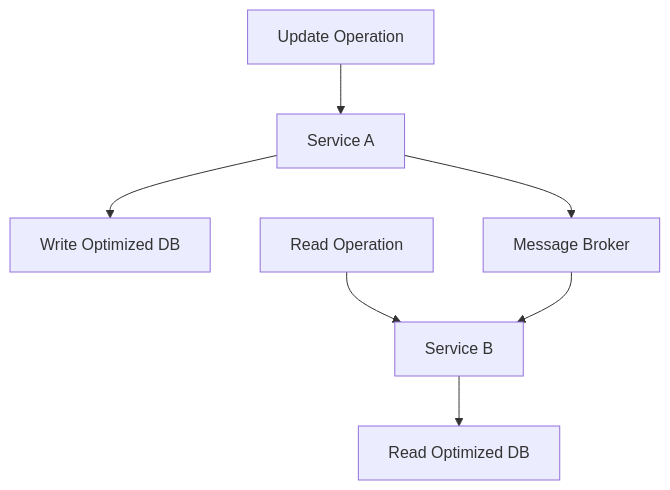
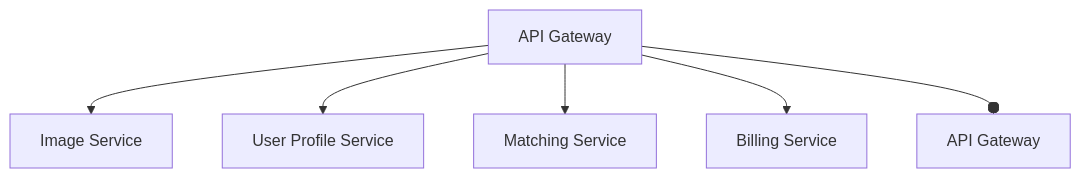
One commit to ulises-jimenez07/learning_notes changed the ninth of 13 diagrams in software_architecture_large_scale_systems.md. Above: the diagram before and after it, drawn with Mermaid. The commit also changed other lines of this file, not shown here.

````diff
--- a/software_architecture_large_scale_systems.md
+++ b/software_architecture_large_scale_systems.md
@@ -156,9 +381,8 @@
 ```mermaid
 graph TD
-    A[Update Operation] --> B[Service A];
-    B --> C[Write Optimized DB];
-    D[Read Operation] --> E[Service B];
-    E --> F[Read Optimized DB];
-    B --> M[Message Broker];
-    M --> E;
+    A[API Gateway] --> B[Image Service];
+    A --> C[User Profile Service];
+    A --> D[Matching Service];
+    A --> E[Billing Service];
+    A --o F[API Gateway]
 ```
````
